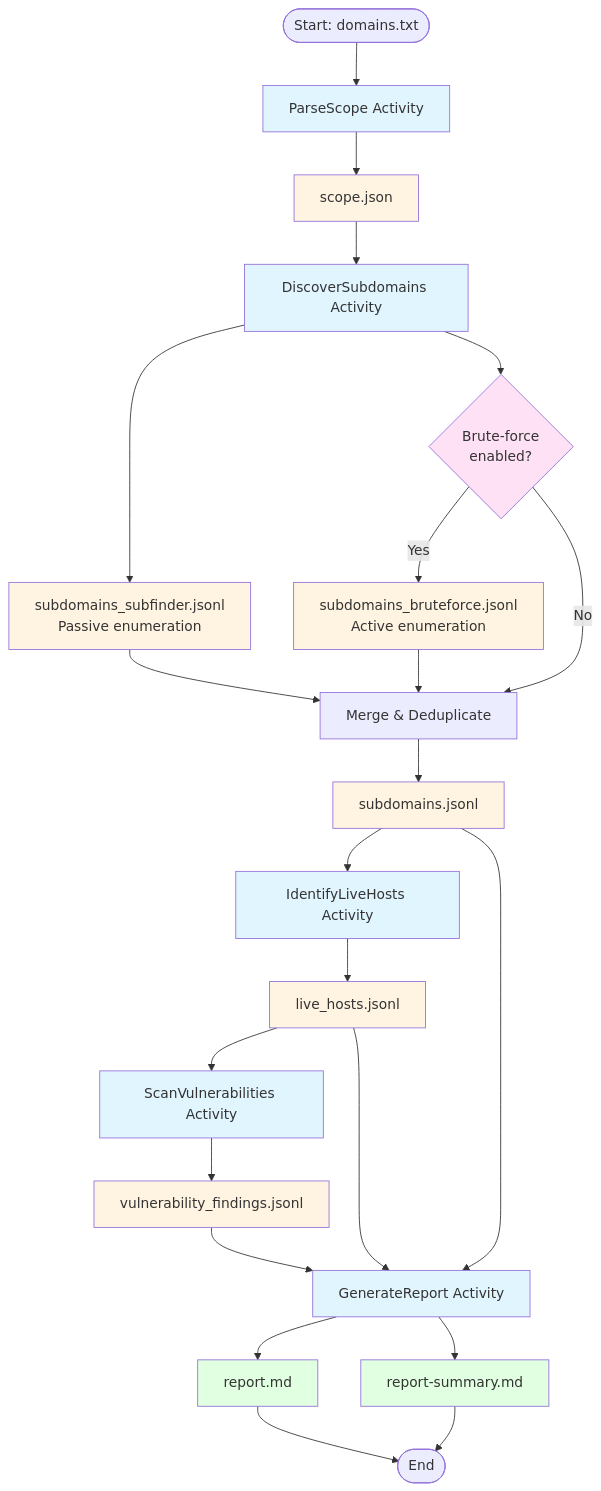
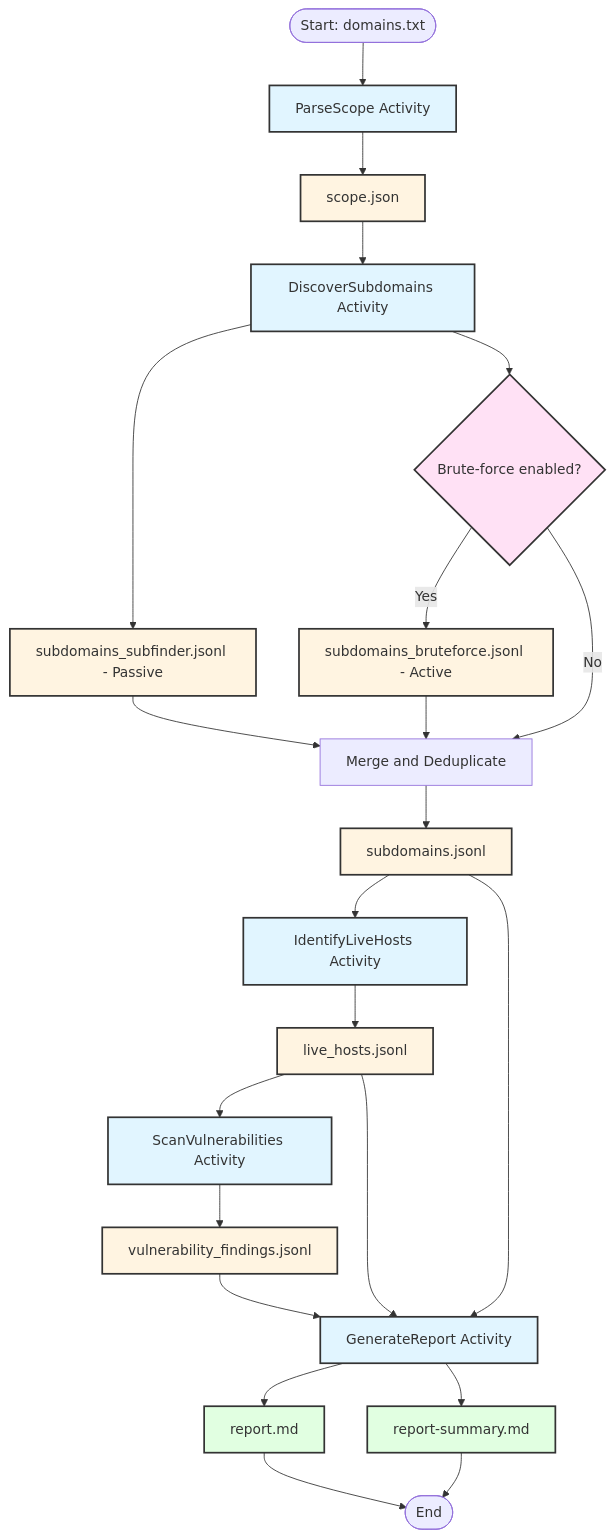
Before and after one commit to michelemendel/cw25_final_project: the diagram in README.md, drawn with Mermaid.

Commit message:
Refine README.md for clarity and visual representation of workflow
- Updated the subdomain discovery section to improve clarity in the flowchart, specifying passive and active enumeration.
- Enhanced the styling of flowchart elements for better visual distinction between activities, decisions, and reports.

````diff
--- a/README.md
+++ b/README.md
@@ -19,44 +19,39 @@
 ```mermaid
 flowchart TD
     Start([Start: domains.txt]) --> ParseScope[ParseScope Activity]
     ParseScope --> scope[scope.json]
 
     scope --> DiscoverSubdomains[DiscoverSubdomains Activity]
-    DiscoverSubdomains --> subfinder[subdomains_subfinder.jsonl<br/>Passive enumeration]
-    DiscoverSubdomains --> bruteforce{Brute-force<br/>enabled?}
-    bruteforce -->|Yes| puredns[subdomains_bruteforce.jsonl<br/>Active enumeration]
+    DiscoverSubdomains --> subfinder[subdomains_subfinder.jsonl - Passive]
+    DiscoverSubdomains --> bruteforce{Brute-force enabled?}
+    bruteforce -->|Yes| puredns[subdomains_bruteforce.jsonl - Active]
     bruteforce -->|No| merge
-    subfinder --> merge[Merge & Deduplicate]
+    subfinder --> merge[Merge and Deduplicate]
     puredns --> merge
     merge --> subdomains[subdomains.jsonl]
 
     subdomains --> IdentifyLiveHosts[IdentifyLiveHosts Activity]
     IdentifyLiveHosts --> live[live_hosts.jsonl]
 
     live --> ScanVulnerabilities[ScanVulnerabilities Activity]
     ScanVulnerabilities --> vulns[vulnerability_findings.jsonl]
 
     subdomains --> GenerateReport[GenerateReport Activity]
     live --> GenerateReport
     vulns --> GenerateReport
     GenerateReport --> report[report.md]
     GenerateReport --> summary[report-summary.md]
 
     report --> End([End])
     summary --> End
 
-    style ParseScope fill:#e1f5ff
-    style DiscoverSubdomains fill:#e1f5ff
-    style IdentifyLiveHosts fill:#e1f5ff
-    style ScanVulnerabilities fill:#e1f5ff
-    style GenerateReport fill:#e1f5ff
-    style scope fill:#fff4e1
-    style subfinder fill:#fff4e1
-    style bruteforce fill:#ffe1f5
-    style puredns fill:#fff4e1
-    style subdomains fill:#fff4e1
-    style live fill:#fff4e1
-    style vulns fill:#fff4e1
-    style report fill:#e1ffe1
-    style summary fill:#e1ffe1
+    classDef activity fill:#e1f5ff,stroke:#333,stroke-width:2px
+    classDef file fill:#fff4e1,stroke:#333,stroke-width:2px
+    classDef decision fill:#ffe1f5,stroke:#333,stroke-width:2px
+    classDef report fill:#e1ffe1,stroke:#333,stroke-width:2px
+
+    class ParseScope,DiscoverSubdomains,IdentifyLiveHosts,ScanVulnerabilities,GenerateReport activity
+    class scope,subfinder,puredns,subdomains,live,vulns file
+    class bruteforce decision
+    class report,summary report
 ```
````
